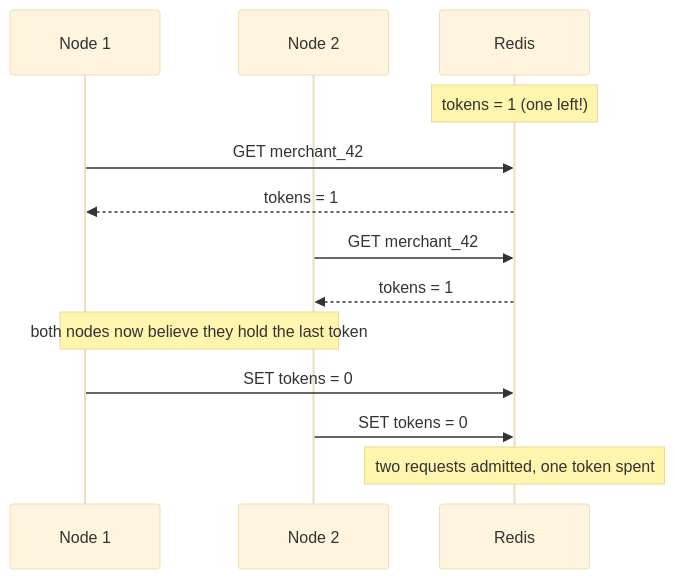
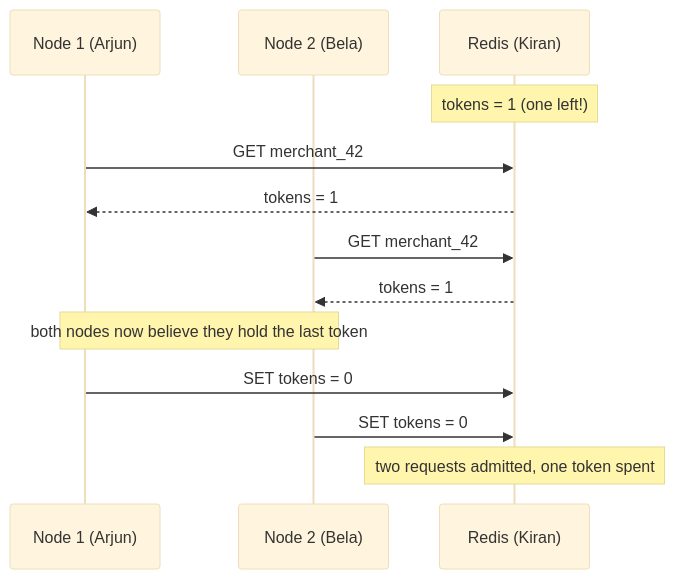
The fourth of 7 diagrams in 60-distributed-rate-limiting/README.md (ravivarmachaluvadi/Learning), drawn with Mermaid (base theme) before and after one commit. The commit also changed other lines of this file, not shown here.

````diff
--- a/60-distributed-rate-limiting/README.md
+++ b/60-distributed-rate-limiting/README.md
@@ -715,15 +940,15 @@
 ```mermaid
 sequenceDiagram
-    participant N1 as Node 1
-    participant N2 as Node 2
-    participant S as Redis
+    participant N1 as Node 1 (Arjun)
+    participant N2 as Node 2 (Bela)
+    participant S as Redis (Kiran)
     Note over S: tokens = 1  (one left!)
     N1->>S: GET merchant_42
     S-->>N1: tokens = 1
     N2->>S: GET merchant_42
     S-->>N2: tokens = 1
     Note over N1,N2: both nodes now believe they hold the last token
     N1->>S: SET tokens = 0
     N2->>S: SET tokens = 0
     Note over S: two requests admitted, one token spent
 ```
````
